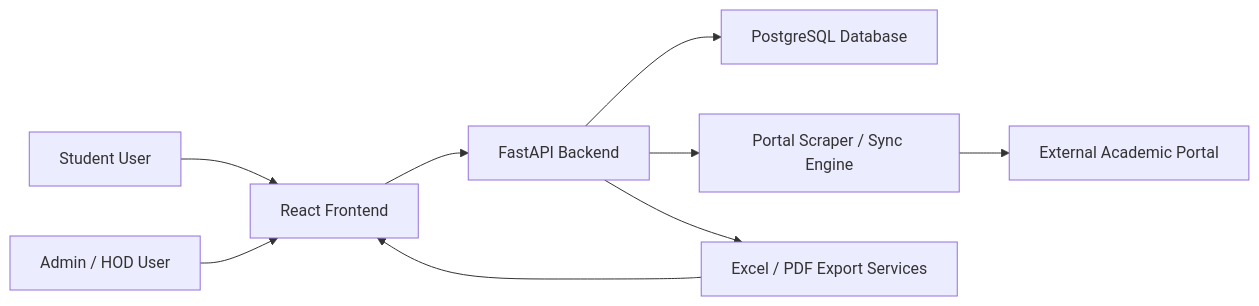
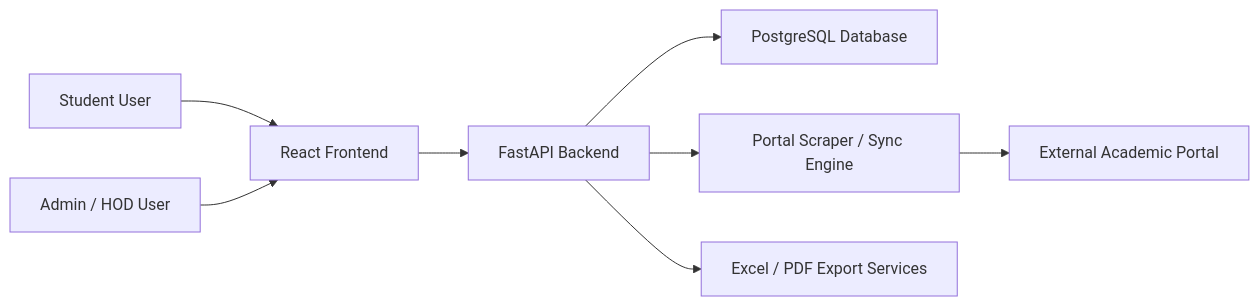
Before and after one commit to codewithsakthi/automation: the first of 2 diagrams in spark-workflow.md, drawn with Mermaid. The commit also changed other lines of this file and 12 other files, not shown here.

Commit message:
feat: Implement initial backend infrastructure for student management, authentication, and comprehensive analytics, including admin dashboard schemas.

````diff
--- a/spark-workflow.md
+++ b/spark-workflow.md
@@ -127,11 +60,10 @@
 ```mermaid
 flowchart LR
     Student["Student User"] --> FE["React Frontend"]
     Admin["Admin / HOD User"] --> FE
     FE --> API["FastAPI Backend"]
     API --> DB["PostgreSQL Database"]
     API --> Scraper["Portal Scraper / Sync Engine"]
     Scraper --> Source["External Academic Portal"]
     API --> Export["Excel / PDF Export Services"]
-    Export --> FE
 ```
````
